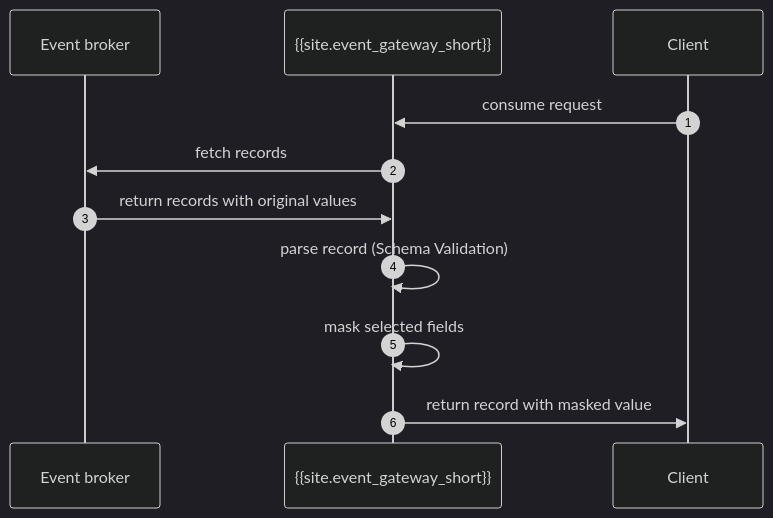
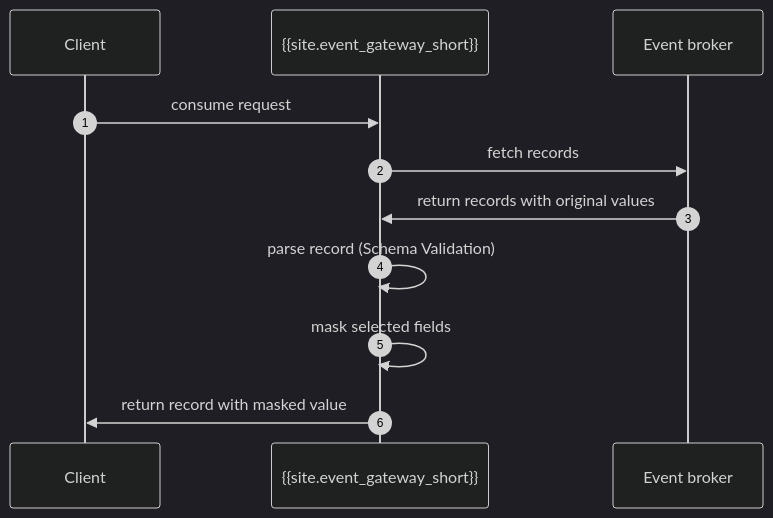
One commit to Kong/developer.konghq.com changed the diagram in app/_event_gateway_policies/mask-fields-consume/index.md. Above: the diagram before and after it, drawn with Mermaid (dark theme). The commit also changed other lines of this file, not shown here.

```diff
--- a/app/_event_gateway_policies/mask-fields-consume/index.md
+++ b/app/_event_gateway_policies/mask-fields-consume/index.md
@@ -86,15 +86,15 @@
 {% mermaid %}
 sequenceDiagram
   autonumber
+  participant client as Client
+  participant egw as {{site.event_gateway_short}}
   participant broker as Event broker
-  participant egw as {{site.event_gateway_short}}
-  participant client as Client
 
   client->>egw: consume request
   egw->>broker: fetch records
   broker->>egw: return records with original values
   egw->>egw: parse record (Schema Validation)
   egw->>egw: mask selected fields
 
   egw->>client: return record with masked value
 {% endmermaid %}
```
